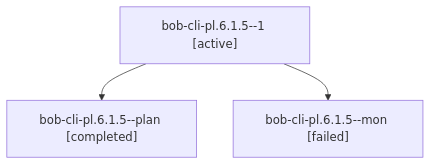
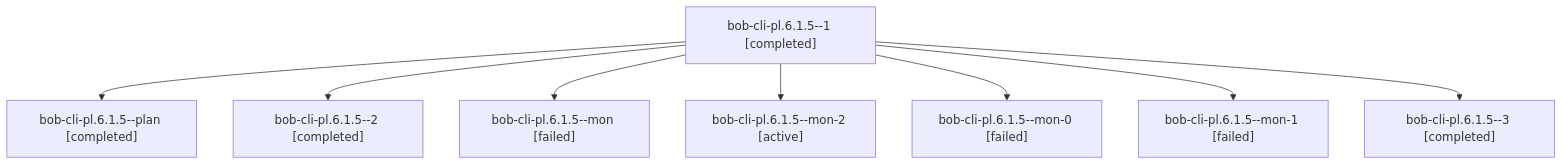
One commit to bobs-org/bob-cli--agents changed the diagram in sessions/bbugyi200.apollo.bob-cli-pl.6.1.5.md. Above: the diagram before and after it, drawn with Mermaid. The commit also changed other lines of this file and 110 other files, not shown here.

````diff
--- a/sessions/bbugyi200.apollo.bob-cli-pl.6.1.5.md
+++ b/sessions/bbugyi200.apollo.bob-cli-pl.6.1.5.md
@@ -9,8 +9,18 @@
 ```mermaid
 flowchart TD
-  n0["bob-cli-pl.6.1.5--1 [active]"]
+  n0["bob-cli-pl.6.1.5--1 [completed]"]
   n1["bob-cli-pl.6.1.5--plan [completed]"]
   n0 --> n1
-  n2["bob-cli-pl.6.1.5--mon [failed]"]
+  n2["bob-cli-pl.6.1.5--2 [completed]"]
   n0 --> n2
+  n3["bob-cli-pl.6.1.5--mon [failed]"]
+  n0 --> n3
+  n4["bob-cli-pl.6.1.5--mon-2 [active]"]
+  n0 --> n4
+  n5["bob-cli-pl.6.1.5--mon-0 [failed]"]
+  n0 --> n5
+  n6["bob-cli-pl.6.1.5--mon-1 [failed]"]
+  n0 --> n6
+  n7["bob-cli-pl.6.1.5--3 [completed]"]
+  n0 --> n7
 ```
````
